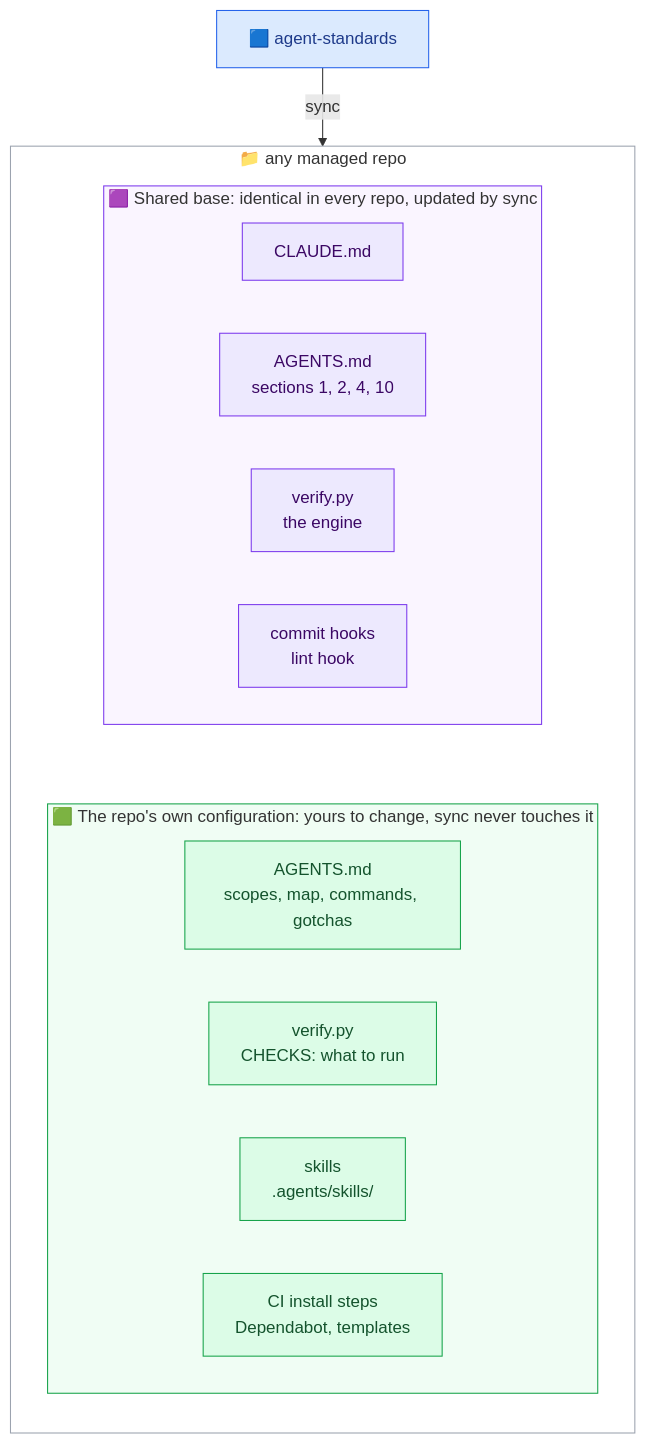
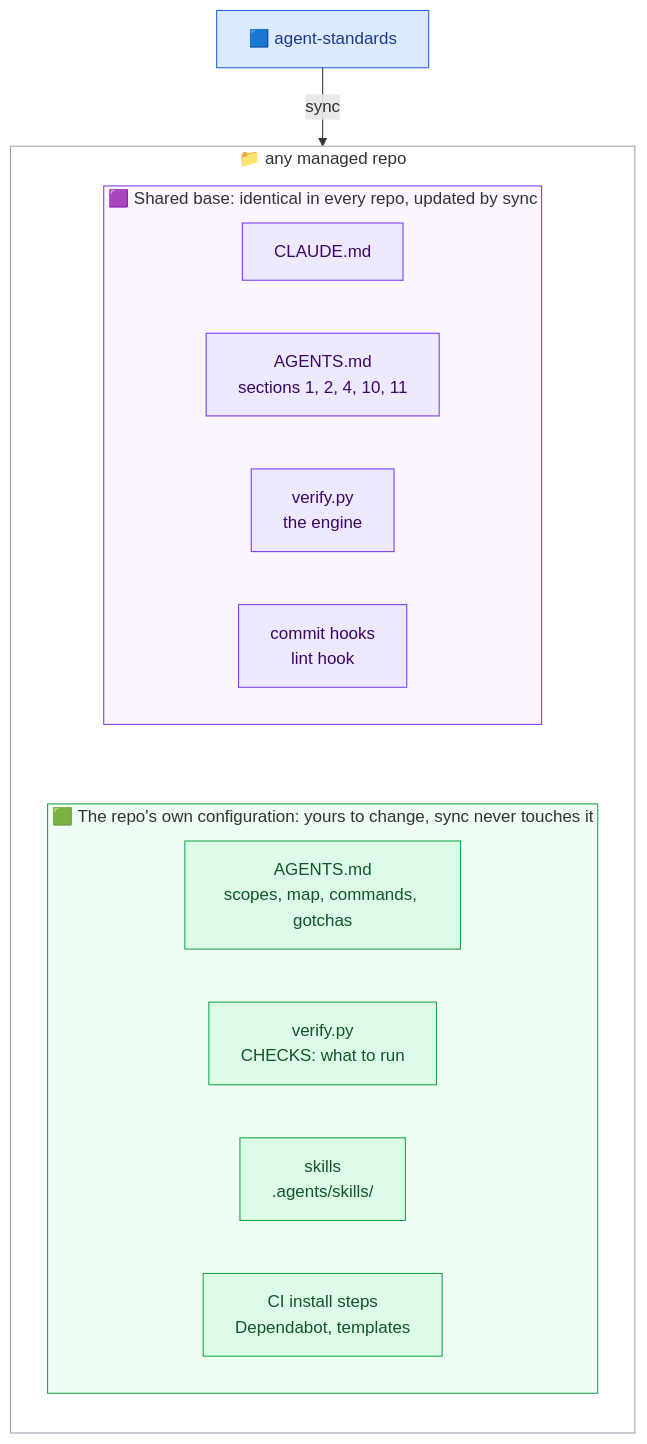
The third of 5 diagrams in README.md (luisenriquecgongora/agent-standards), drawn with Mermaid before and after one commit. The commit also changed other lines of this file and 3 other files, not shown here.

````diff
--- a/README.md
+++ b/README.md
@@ -110,32 +111,32 @@
 ```mermaid
 flowchart TB
     subgraph repo["📁 any managed repo"]
         direction TB
         subgraph base["🟪 Shared base: identical in every repo, updated by sync"]
             direction LR
             b1["CLAUDE.md"]
-            b2["AGENTS.md<br/>sections 1, 2, 4, 10"]
+            b2["AGENTS.md<br/>sections 1, 2, 4, 10, 11"]
             b3["verify.py<br/>the engine"]
             b4["commit hooks<br/>lint hook"]
         end
         subgraph own["🟩 The repo's own configuration: yours to change, sync never touches it"]
             direction LR
             o1["AGENTS.md<br/>scopes, map, commands, gotchas"]
             o2["verify.py<br/>CHECKS: what to run"]
             o3["skills<br/>.agents/skills/"]
             o4["CI install steps<br/>Dependabot, templates"]
         end
         base ~~~ own
     end
     std["🟦 agent-standards"] -->|sync| base
 
     classDef shared fill:#ede9fe,stroke:#7c3aed,color:#3b0764
     classDef owned fill:#dcfce7,stroke:#16a34a,color:#14532d
     classDef tool fill:#dbeafe,stroke:#2563eb,color:#1e3a8a
     class b1,b2,b3,b4 shared
     class o1,o2,o3,o4 owned
     class std tool
     style base fill:#faf5ff,stroke:#7c3aed
     style own fill:#f0fdf4,stroke:#16a34a
     style repo fill:#ffffff,stroke:#9ca3af
 ```
````
